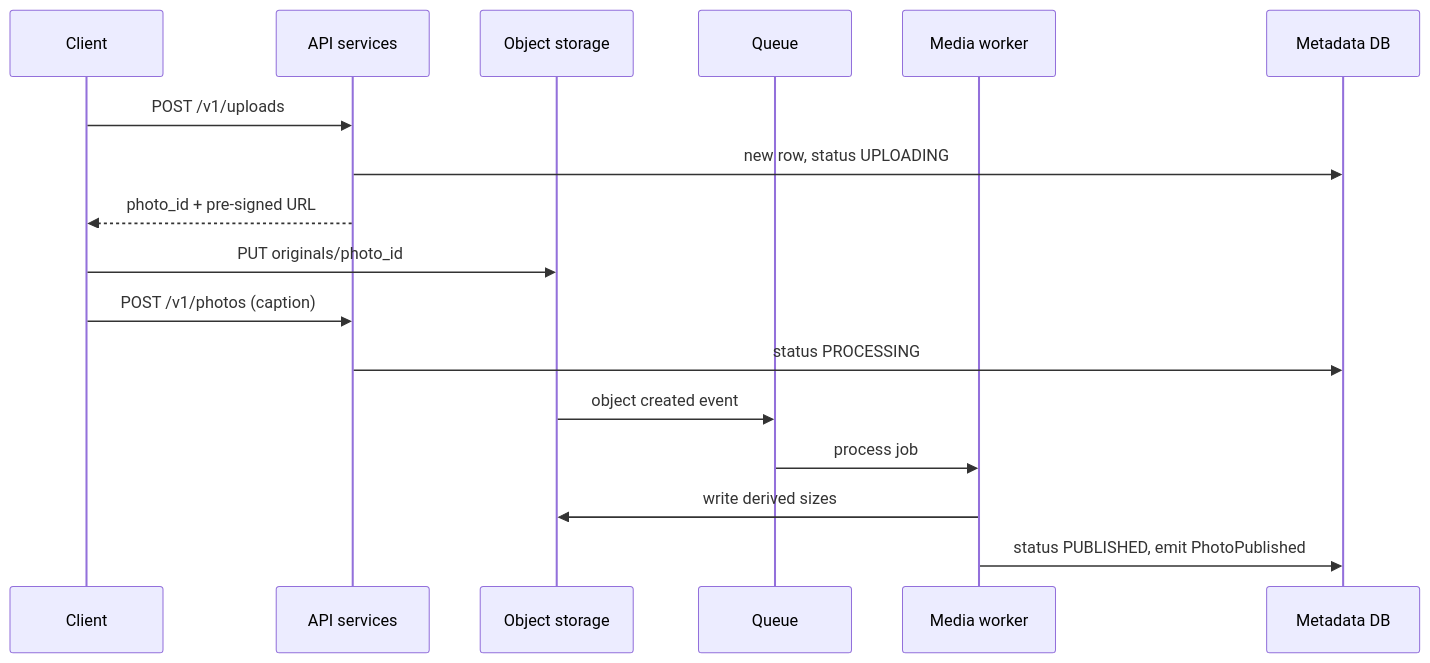
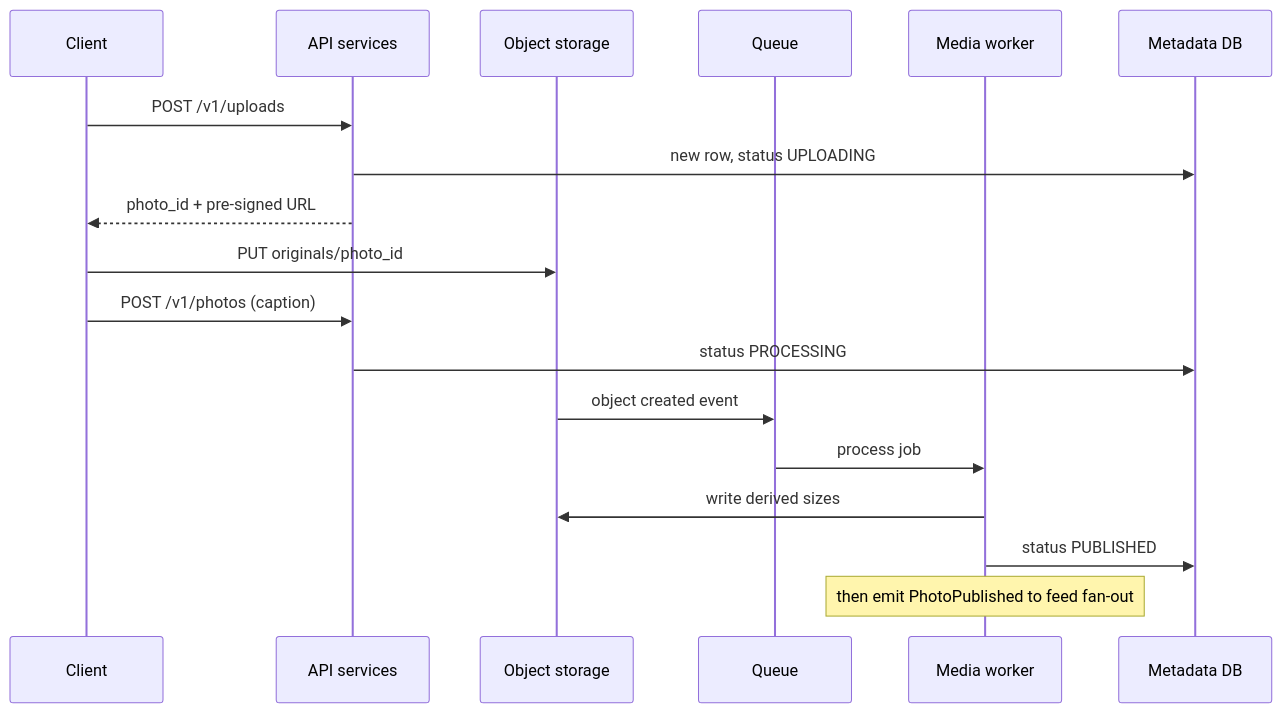
Before and after one commit to amanleloush/STACKTRACE: the second of 3 diagrams in src/content/notes/07-hld-problems/hld-photo-sharing.mdx, drawn with Mermaid. The commit also changed other lines of this file and 36 other files, not shown here.

First line of the commit message:
Class/state diagrams for all LLD notes; fix 17 text/diagram inconsistencies

````diff
--- a/src/content/notes/07-hld-problems/hld-photo-sharing.mdx
+++ b/src/content/notes/07-hld-problems/hld-photo-sharing.mdx
@@ -156,19 +133,20 @@
 ```mermaid
 sequenceDiagram
     participant C as Client
     participant A as API services
     participant S as Object storage
     participant Q as Queue
     participant W as Media worker
     participant DB as Metadata DB
     C->>A: POST /v1/uploads
     A->>DB: new row, status UPLOADING
     A-->>C: photo_id + pre-signed URL
     C->>S: PUT originals/photo_id
     C->>A: POST /v1/photos (caption)
     A->>DB: status PROCESSING
     S->>Q: object created event
     Q->>W: process job
     W->>S: write derived sizes
-    W->>DB: status PUBLISHED, emit PhotoPublished
+    W->>DB: status PUBLISHED
+    Note over W: then emit PhotoPublished to feed fan-out
 ```
````
